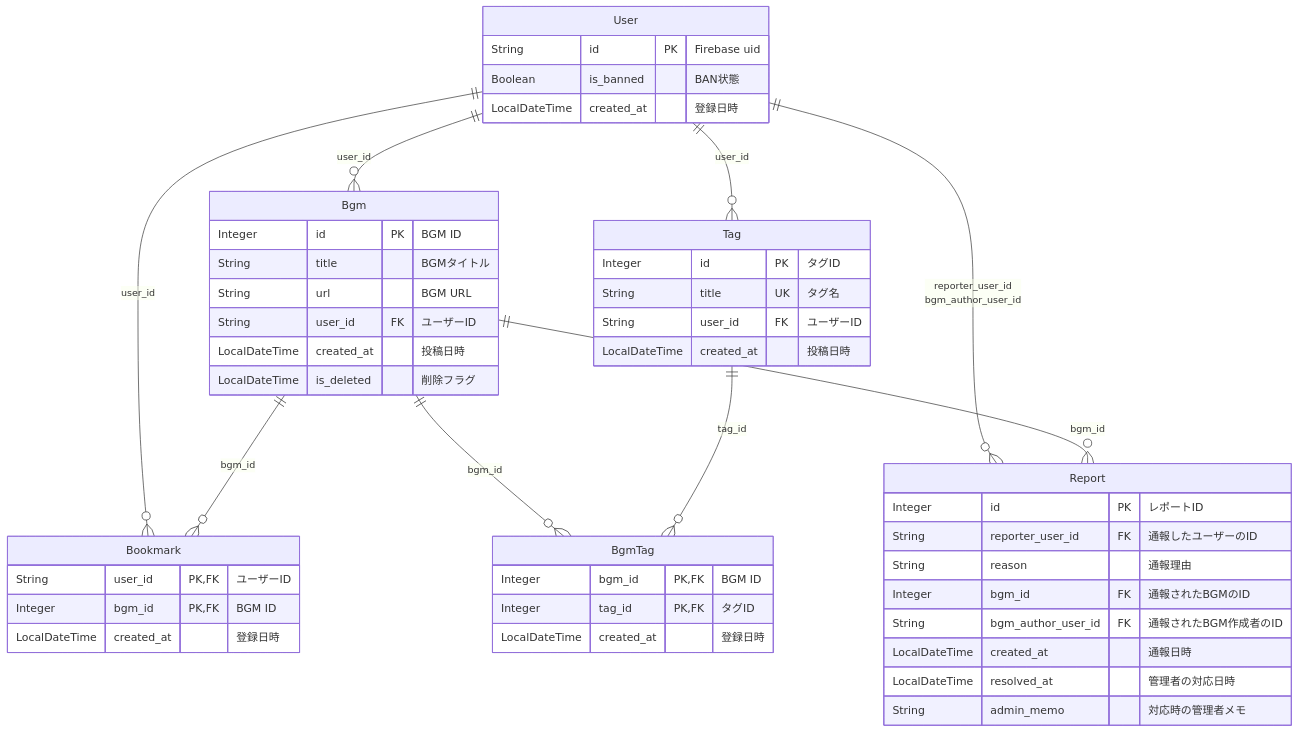
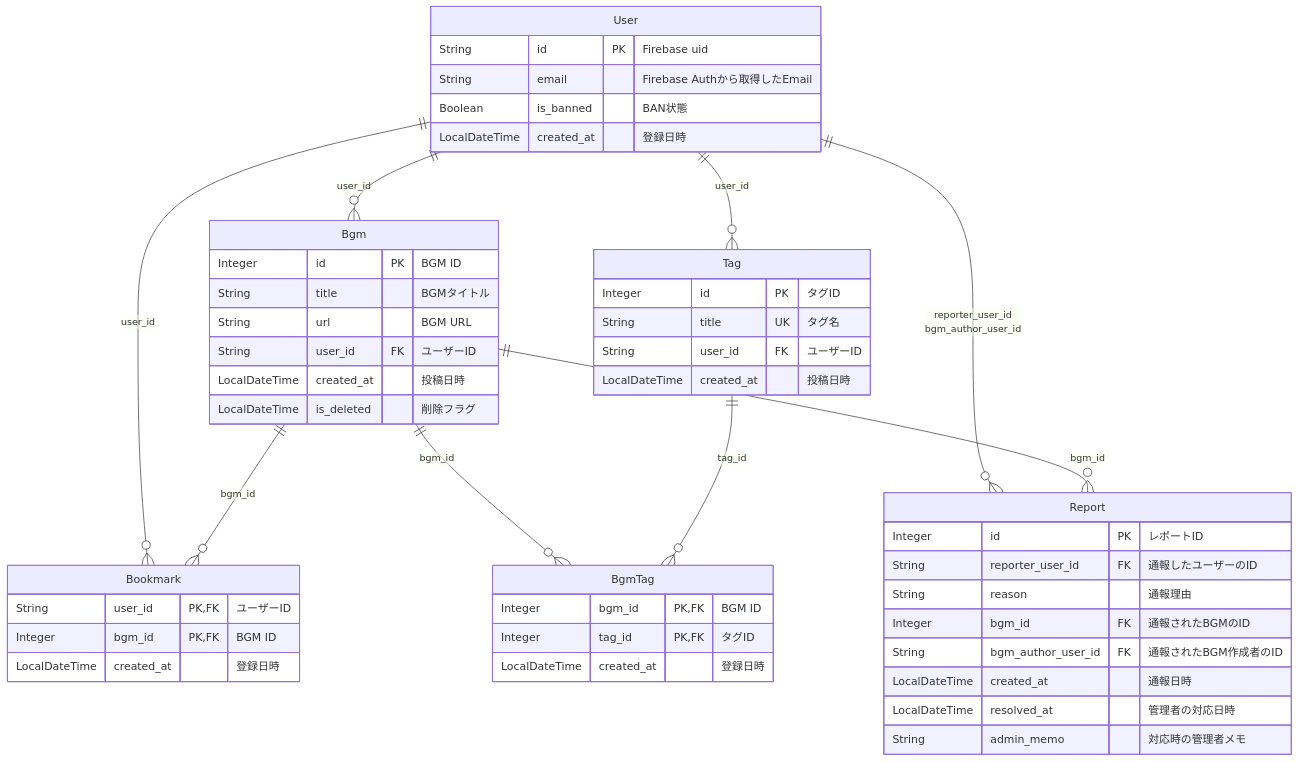
One commit to kagomen/bgm-api-springboot changed the diagram in docs/er.md. Above: the diagram before and after it, drawn with Mermaid. The commit also changed 1 other file, not shown here.

Commit message:
openapi.mdの削除

````diff
--- a/docs/er.md
+++ b/docs/er.md
@@ -5,57 +5,58 @@
 ```mermaid
 erDiagram
 
 User {
 String id PK "Firebase uid"
+String email "Firebase Authから取得したEmail"
 Boolean is_banned "BAN状態"
 LocalDateTime created_at "登録日時"
 }
 
 Bgm {
 Integer id PK "BGM ID"
 String title "BGMタイトル"
 String url "BGM URL"
 String user_id FK "ユーザーID"
 LocalDateTime created_at "投稿日時"
 LocalDateTime is_deleted "削除フラグ"
 }
 
 Bookmark {
 String user_id PK,FK "ユーザーID"
 Integer bgm_id PK,FK "BGM ID"
 LocalDateTime created_at "登録日時"
 }
 
 Tag {
 Integer id PK "タグID"
 String title UK "タグ名"
 String user_id FK "ユーザーID"
 LocalDateTime created_at "投稿日時"
 }
 
 BgmTag {
 Integer bgm_id PK,FK "BGM ID"
 Integer tag_id PK,FK "タグID"
 LocalDateTime created_at "登録日時"
 }
 
 Report {
 Integer id PK "レポートID"
 String reporter_user_id FK "通報したユーザーのID"
 String reason "通報理由"
 Integer bgm_id FK "通報されたBGMのID"
 String bgm_author_user_id FK "通報されたBGM作成者のID"
 LocalDateTime created_at "通報日時"
 LocalDateTime resolved_at "管理者の対応日時"
 String admin_memo "対応時の管理者メモ"
 }
 
 User ||--o{ Bgm : user_id
 User ||--o{ Bookmark : user_id
 User ||--o{ Tag : user_id
 User ||--o{ Report : "reporter_user_id<br />bgm_author_user_id"
 Bgm ||--o{ Bookmark : bgm_id
 Bgm ||--o{ BgmTag : bgm_id
 Bgm ||--o{ Report : bgm_id
 Tag ||--o{ BgmTag : tag_id
 ```
````
